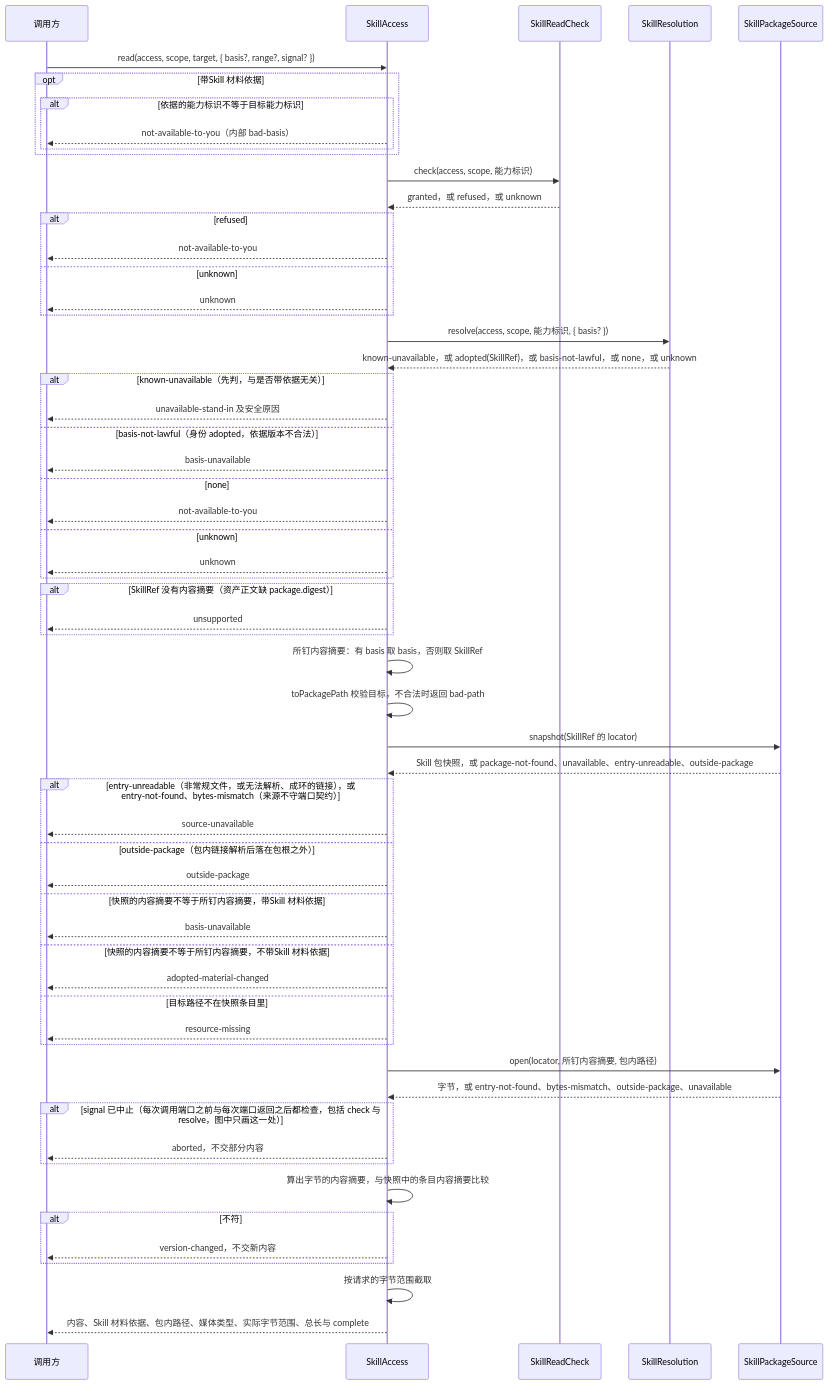
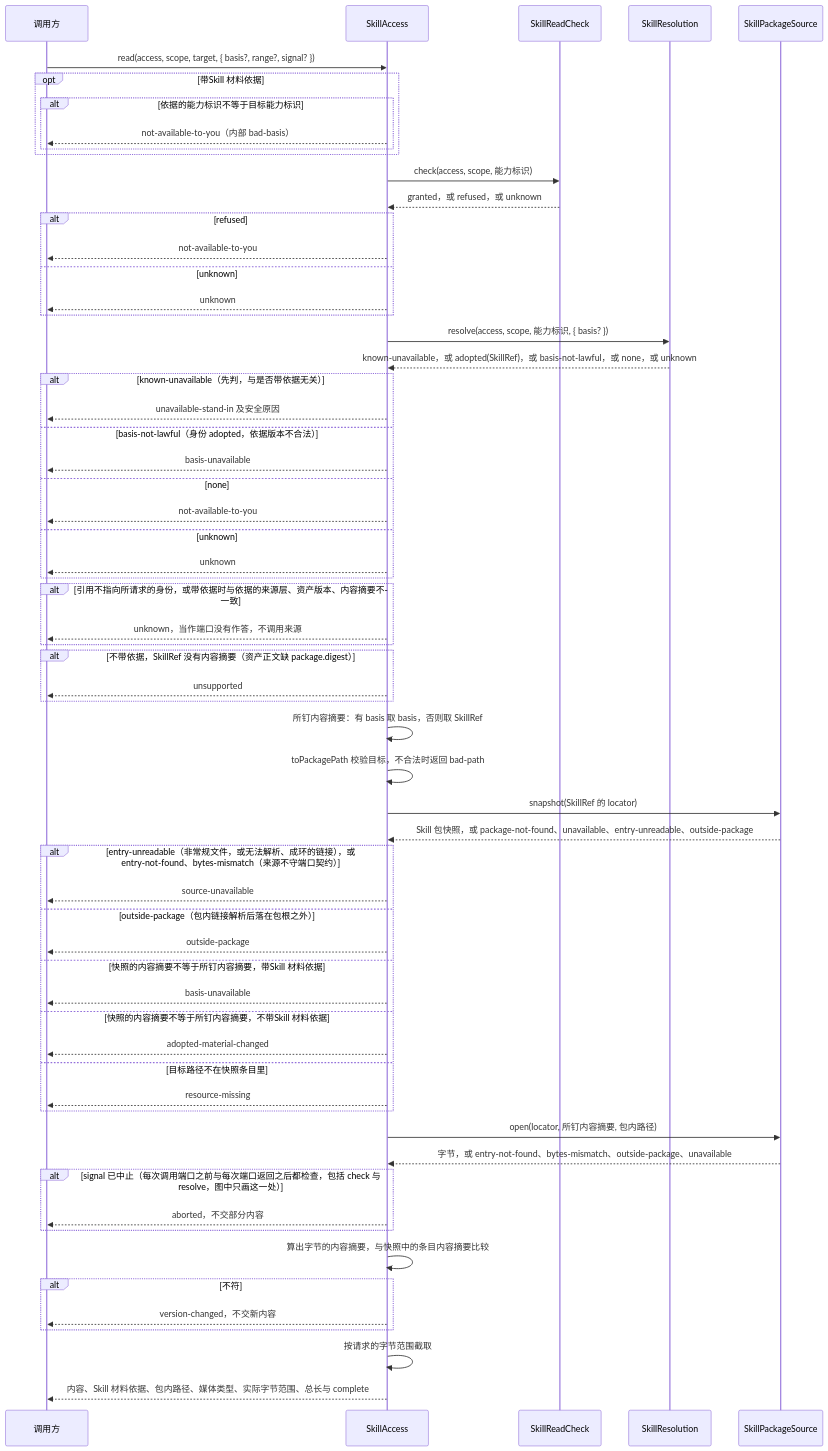
The third of 4 diagrams in packages/skills/docs/key-flows.md (nemori-ai/omne-harness-lite), drawn with Mermaid before and after one commit. The commit also changed other lines of this file and 4 other files, not shown here.

````diff
--- a/packages/skills/docs/key-flows.md
+++ b/packages/skills/docs/key-flows.md
@@ -86,61 +88,64 @@
 ```mermaid
 sequenceDiagram
   participant C as 调用方
   participant A as SkillAccess
   participant E as SkillReadCheck
   participant V as SkillResolution
   participant S as SkillPackageSource
   C->>A: read(access, scope, target, { basis?, range?, signal? })
   opt 带Skill 材料依据
     alt 依据的能力标识不等于目标能力标识
       A-->>C: not-available-to-you（内部 bad-basis）
     end
   end
   A->>E: check(access, scope, 能力标识)
   E-->>A: granted，或 refused，或 unknown
   alt refused
     A-->>C: not-available-to-you
   else unknown
     A-->>C: unknown
   end
   A->>V: resolve(access, scope, 能力标识, { basis? })
   V-->>A: known-unavailable，或 adopted(SkillRef)，或 basis-not-lawful，或 none，或 unknown
   alt known-unavailable（先判，与是否带依据无关）
     A-->>C: unavailable-stand-in 及安全原因
   else basis-not-lawful（身份 adopted，依据版本不合法）
     A-->>C: basis-unavailable
   else none
     A-->>C: not-available-to-you
   else unknown
     A-->>C: unknown
   end
-  alt SkillRef 没有内容摘要（资产正文缺 package.digest）
+  alt 引用不指向所请求的身份，或带依据时与依据的来源层、资产版本、内容摘要不一致
+    A-->>C: unknown，当作端口没有作答，不调用来源
+  end
+  alt 不带依据，SkillRef 没有内容摘要（资产正文缺 package.digest）
     A-->>C: unsupported
   end
   A->>A: 所钉内容摘要：有 basis 取 basis，否则取 SkillRef
   A->>A: toPackagePath 校验目标，不合法时返回 bad-path
   A->>S: snapshot(SkillRef 的 locator)
   S-->>A: Skill 包快照，或 package-not-found、unavailable、entry-unreadable、outside-package
   alt entry-unreadable（非常规文件，或无法解析、成环的链接），或 entry-not-found、bytes-mismatch（来源不守端口契约）
     A-->>C: source-unavailable
   else outside-package（包内链接解析后落在包根之外）
     A-->>C: outside-package
   else 快照的内容摘要不等于所钉内容摘要，带Skill 材料依据
     A-->>C: basis-unavailable
   else 快照的内容摘要不等于所钉内容摘要，不带Skill 材料依据
     A-->>C: adopted-material-changed
   else 目标路径不在快照条目里
     A-->>C: resource-missing
   end
   A->>S: open(locator, 所钉内容摘要, 包内路径)
   S-->>A: 字节，或 entry-not-found、bytes-mismatch、outside-package、unavailable
   alt signal 已中止（每次调用端口之前与每次端口返回之后都检查，包括 check 与 resolve，图中只画这一处）
     A-->>C: aborted，不交部分内容
   end
   A->>A: 算出字节的内容摘要，与快照中的条目内容摘要比较
   alt 不符
     A-->>C: version-changed，不交新内容
   end
   A->>A: 按请求的字节范围截取
   A-->>C: 内容、Skill 材料依据、包内路径、媒体类型、实际字节范围、总长与 complete
 ```
````
